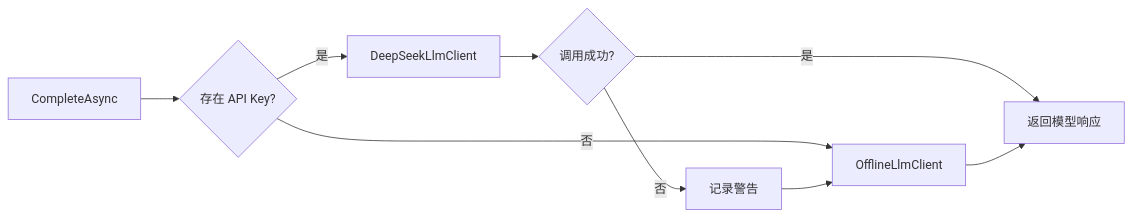
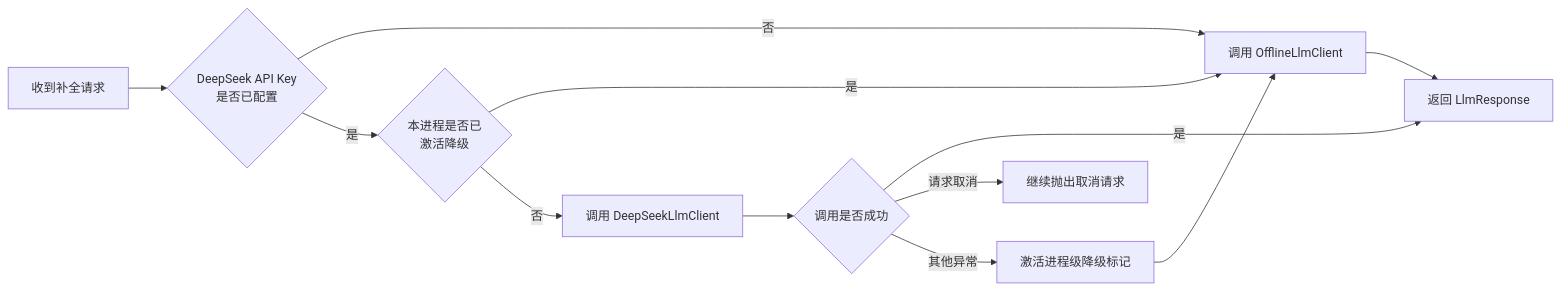
Before and after one commit to traveler703/DotNetAgentDev: the fifth of 11 diagrams in docs/架构设计.md, drawn with Mermaid. The commit also changed other lines of this file and 37 other files, not shown here.

````diff
--- a/docs/架构设计.md
+++ b/docs/架构设计.md
@@ -154,11 +484,23 @@
 ```mermaid
 flowchart LR
-    CALL["CompleteAsync"] --> KEY{"存在 API Key?"}
-    KEY -->|否| OFF["OfflineLlmClient"]
-    KEY -->|是| DS["DeepSeekLlmClient"]
-    DS --> OK{"调用成功?"}
-    OK -->|是| RESULT["返回模型响应"]
-    OK -->|否| LOG["记录警告"]
-    LOG --> OFF
-    OFF --> RESULT
+    CALL["收到补全请求"]
+    KEY{"DeepSeek API Key<br/>是否已配置"}
+    FALLBACK{"本进程是否已<br/>激活降级"}
+    ONLINE["调用 DeepSeekLlmClient"]
+    SUCCESS{"调用是否成功"}
+    ACTIVATE["激活进程级降级标记"]
+    OFFLINE["调用 OfflineLlmClient"]
+    RESULT["返回 LlmResponse"]
+    CANCEL["继续抛出取消请求"]
+
+    CALL --> KEY
+    KEY -->|否| OFFLINE
+    KEY -->|是| FALLBACK
+    FALLBACK -->|是| OFFLINE
+    FALLBACK -->|否| ONLINE
+    ONLINE --> SUCCESS
+    SUCCESS -->|是| RESULT
+    SUCCESS -->|请求取消| CANCEL
+    SUCCESS -->|其他异常| ACTIVATE --> OFFLINE
+    OFFLINE --> RESULT
 ```
````
